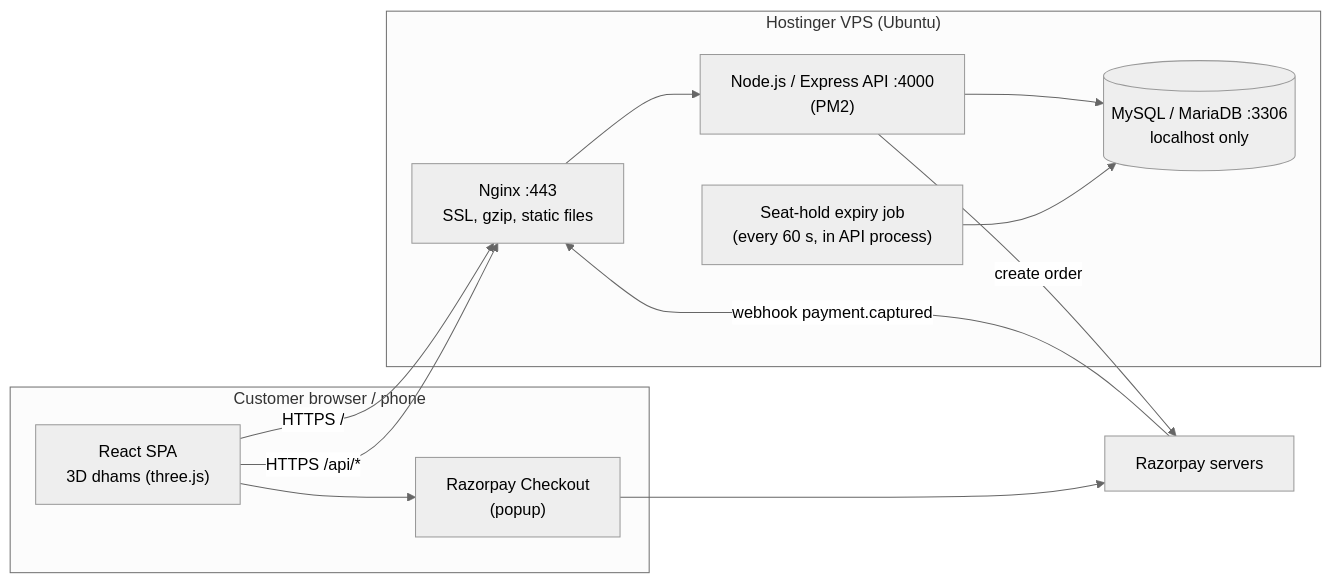
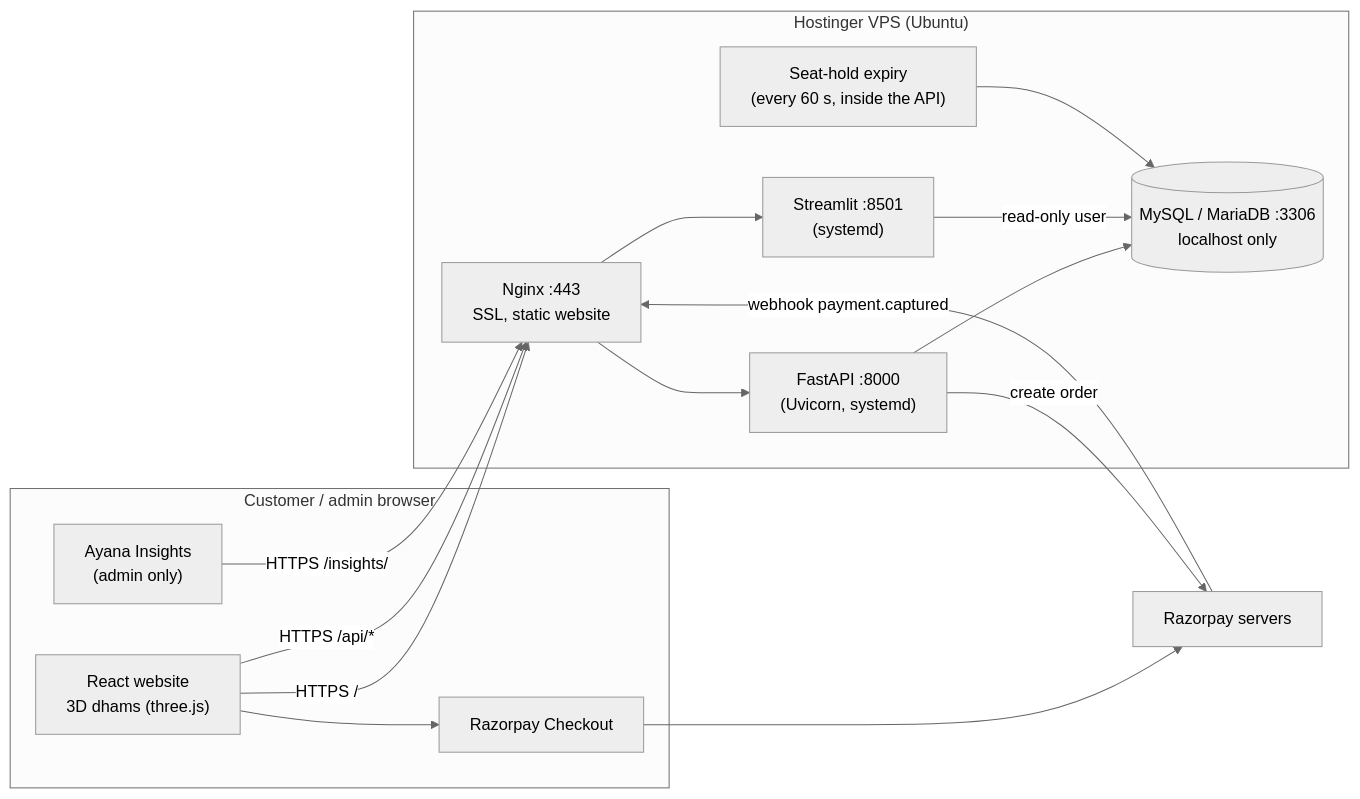
Before and after one commit to saurav1231/saurav1231: the first of 3 diagrams in docs/02-architecture.md, drawn with Mermaid (neutral theme). The commit also changed other lines of this file and 17 other files, not shown here.

First line of the commit message:
Update all guides for the Python API and add the Ayana Insights guide

````diff
--- a/docs/02-architecture.md
+++ b/docs/02-architecture.md
@@ -23,23 +25,26 @@
 ```mermaid
 flowchart LR
-  subgraph Client["Customer browser / phone"]
-    UI["React SPA<br/>3D dhams (three.js)"]
-    RZP["Razorpay Checkout<br/>(popup)"]
+  subgraph Client["Customer / admin browser"]
+    UI["React website<br/>3D dhams (three.js)"]
+    RZP["Razorpay Checkout"]
+    INS["Ayana Insights<br/>(admin only)"]
   end
 
   subgraph VPS["Hostinger VPS (Ubuntu)"]
-    NGINX["Nginx :443<br/>SSL, gzip, static files"]
-    API["Node.js / Express API :4000<br/>(PM2)"]
+    NGINX["Nginx :443<br/>SSL, static website"]
+    API["FastAPI :8000<br/>(Uvicorn, systemd)"]
+    ST["Streamlit :8501<br/>(systemd)"]
     DB[("MySQL / MariaDB :3306<br/>localhost only")]
-    JOB["Seat-hold expiry job<br/>(every 60 s, in API process)"]
+    JOB["Seat-hold expiry<br/>(every 60 s, inside the API)"]
   end
 
   RazorpayAPI["Razorpay servers"]
 
   UI -- "HTTPS /" --> NGINX
   UI -- "HTTPS /api/*" --> NGINX --> API --> DB
+  INS -- "HTTPS /insights/" --> NGINX --> ST -- "read-only user" --> DB
   JOB --> DB
   UI --> RZP --> RazorpayAPI
   API -- "create order" --> RazorpayAPI
   RazorpayAPI -- "webhook payment.captured" --> NGINX
 ```
````
